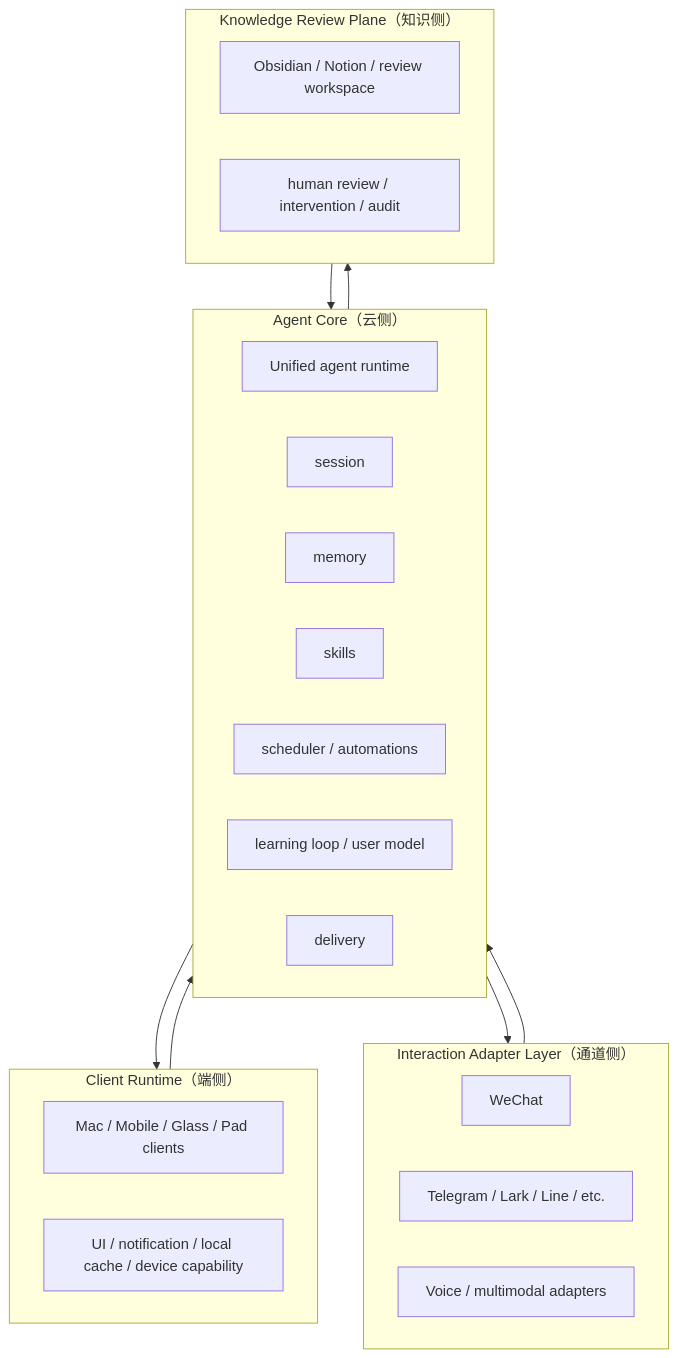
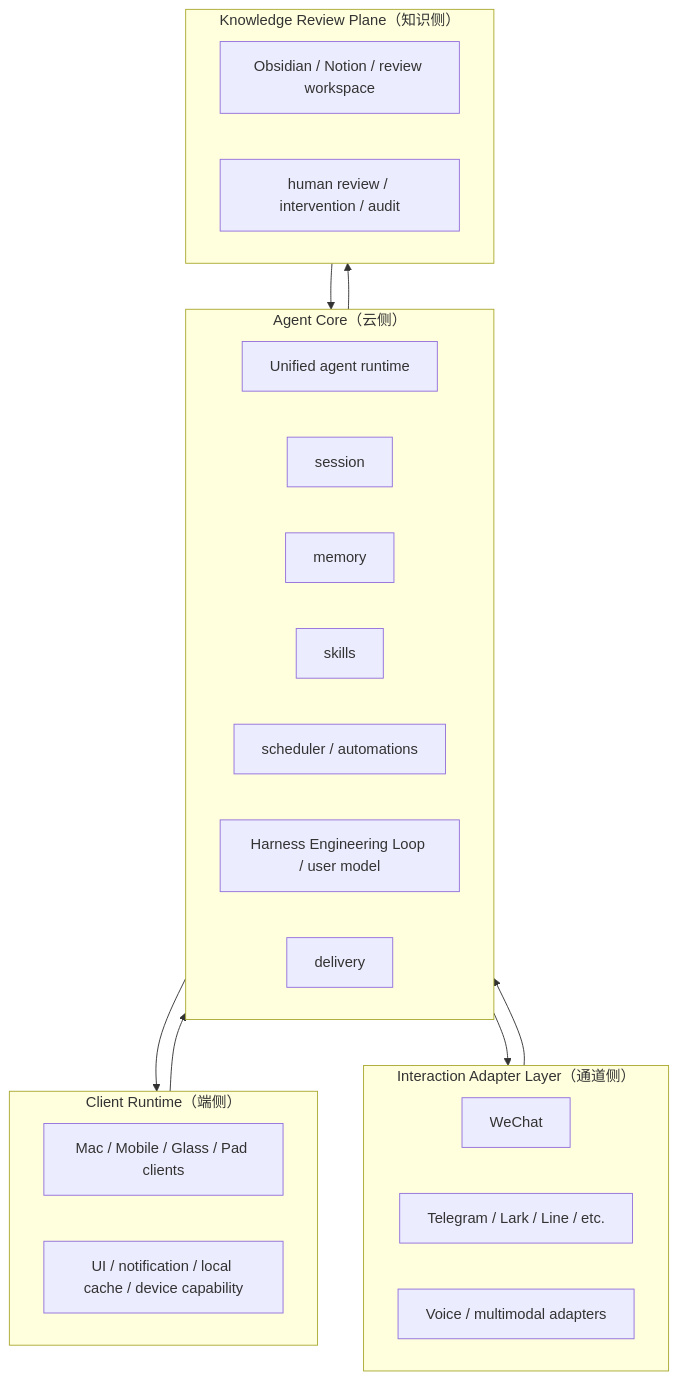
One commit to Gemini-Nick/hermes-agent changed the second of 2 diagrams in docs/longclaw/PLAN.md. Above: the diagram before and after it, drawn with Mermaid. The commit also changed other lines of this file and 4 other files, not shown here.

````diff
--- a/docs/longclaw/PLAN.md
+++ b/docs/longclaw/PLAN.md
@@ -87,35 +105,35 @@
 ```mermaid
 flowchart TB
   subgraph CR["Client Runtime（端侧）"]
     APP["Mac / Mobile / Glass / Pad clients"]
     UX["UI / notification / local cache / device capability"]
   end
 
   subgraph IA["Interaction Adapter Layer（通道侧）"]
     WX["WeChat"]
     TG["Telegram / Lark / Line / etc."]
     VC["Voice / multimodal adapters"]
   end
 
   subgraph AC["Agent Core（云侧）"]
     AG["Unified agent runtime"]
     SS["session"]
     MM["memory"]
     SK["skills"]
     SC["scheduler / automations"]
-    LL["learning loop / user model"]
+    LL["Harness Engineering Loop / user model"]
     DV["delivery"]
   end
 
   subgraph KP["Knowledge Review Plane（知识侧）"]
     OB["Obsidian / Notion / review workspace"]
     RV["human review / intervention / audit"]
   end
 
   CR --> AC
   IA --> AC
   AC --> KP
   KP --> AC
   AC --> CR
   AC --> IA
 ```
````
